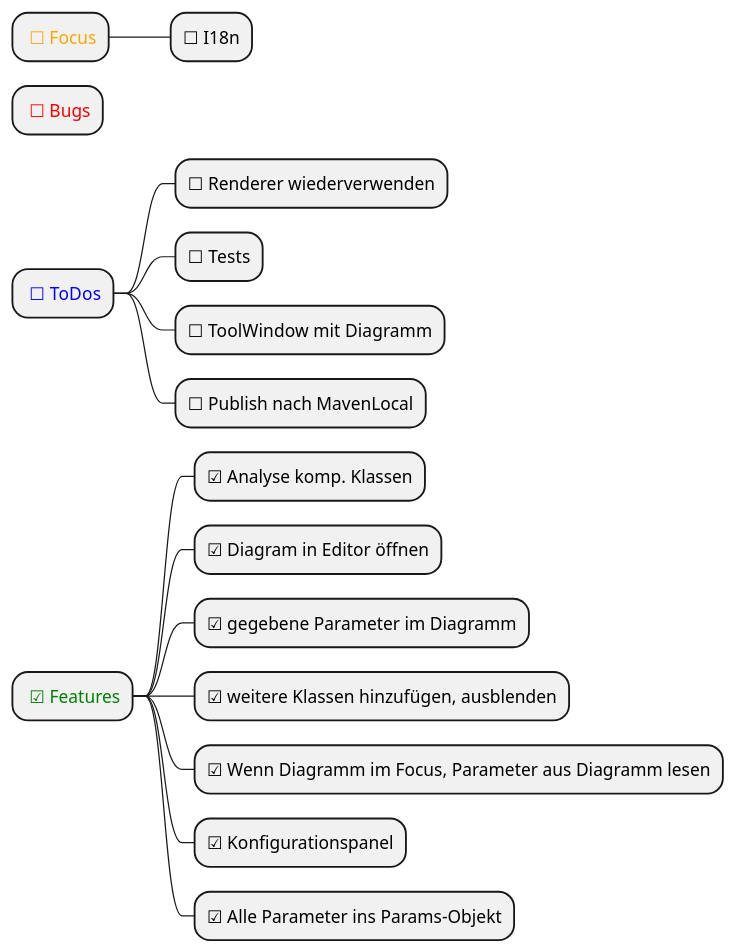
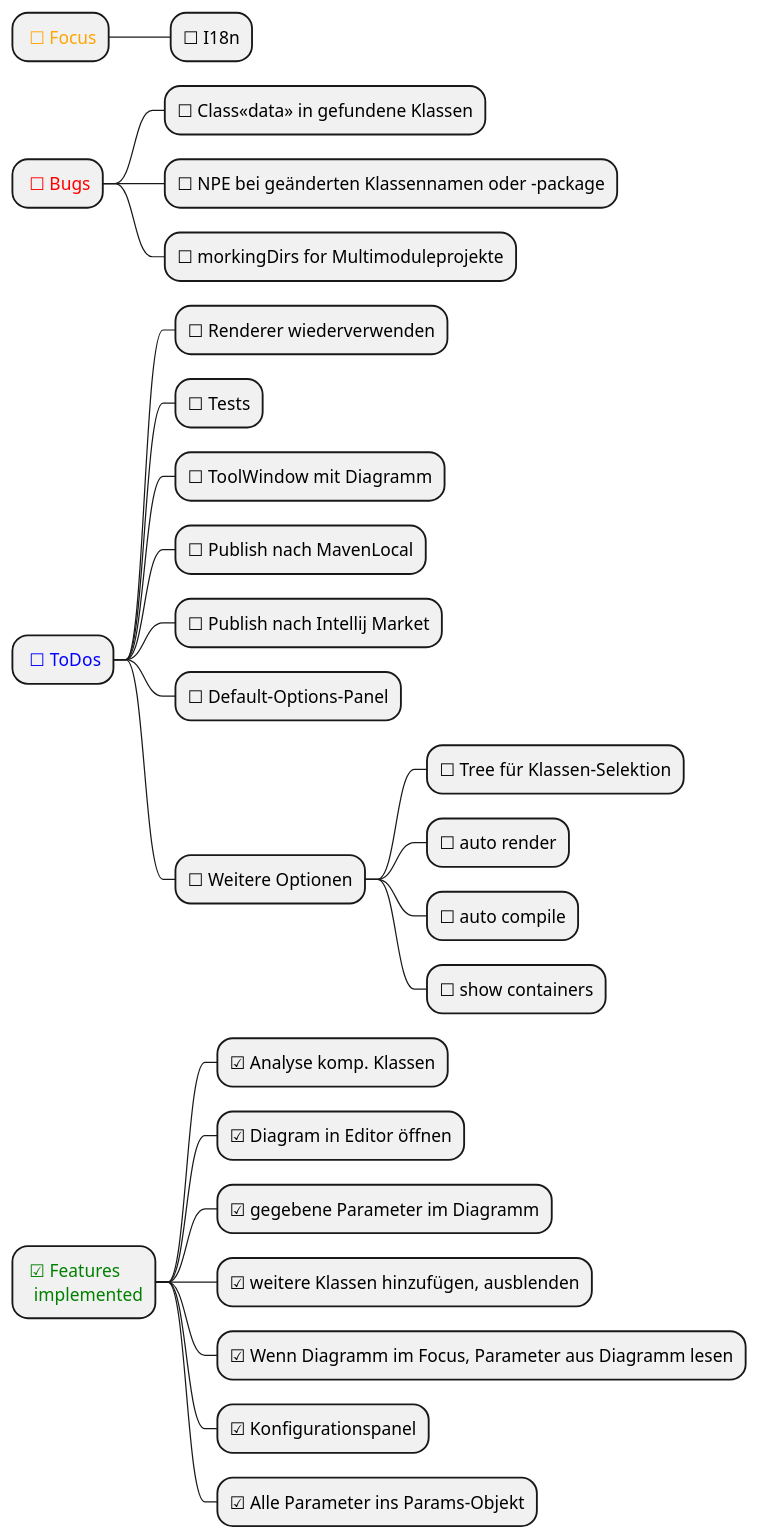
The diagram in docs/DevGuideRail.puml (MrDolch/plantarch-intellij-plugin), drawn with PlantUML before and after one commit. The commit also changed 9 other files, not shown here.

```diff
--- a/docs/DevGuideRail.puml
+++ b/docs/DevGuideRail.puml
@@ -1,24 +1,35 @@
 @startmindmap
 skinparam monochrome false
 
 * <color:orange> ☐ Focus
 ** ☐ I18n
 
 * <color:red> ☐ Bugs
+** ☐ Class<<data>> in gefundene Klassen
+** ☐ NPE bei geänderten Klassennamen oder -package
+** ☐ morkingDirs for Multimoduleprojekte
 
 * <color:blue> ☐ ToDos
 ** ☐ Renderer wiederverwenden
 ** ☐ Tests
 ** ☐ ToolWindow mit Diagramm
 ** ☐ Publish nach MavenLocal
+** ☐ Publish nach Intellij Market
+** ☐ Default-Options-Panel
+** ☐ Weitere Optionen
+*** ☐ Tree für Klassen-Selektion
+*** ☐ auto render
+*** ☐ auto compile
+*** ☐ show containers
 
-* <color:green> ☑ Features
+
+* <color:green> ☑ Features\n <color:green> implemented
 ** ☑ Analyse komp. Klassen
 ** ☑ Diagram in Editor öffnen
 ** ☑ gegebene Parameter im Diagramm
 ** ☑ weitere Klassen hinzufügen, ausblenden
 ** ☑ Wenn Diagramm im Focus, Parameter aus Diagramm lesen
 ** ☑ Konfigurationspanel
 ** ☑ Alle Parameter ins Params-Objekt
 
 @endmindmap
```
